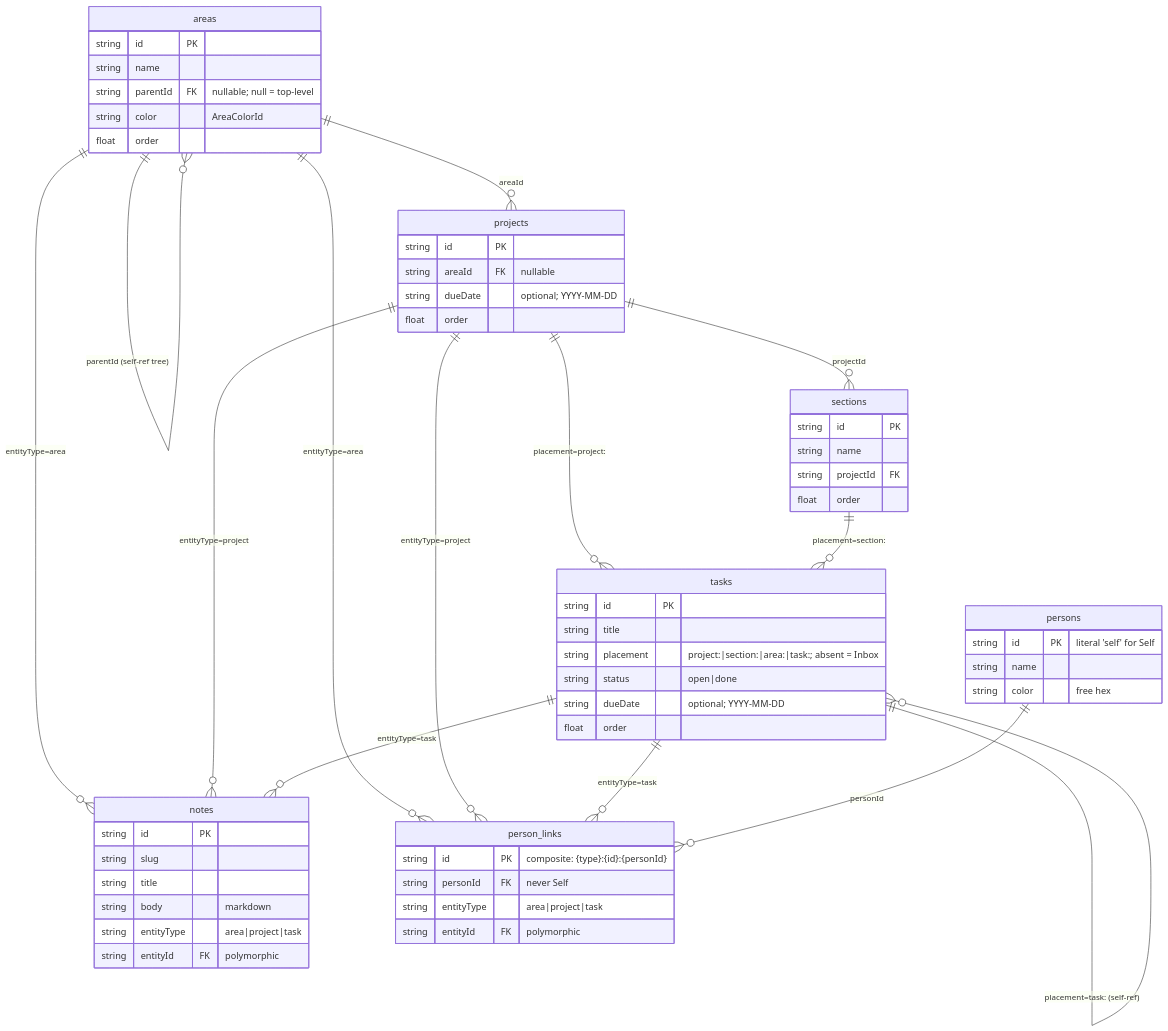
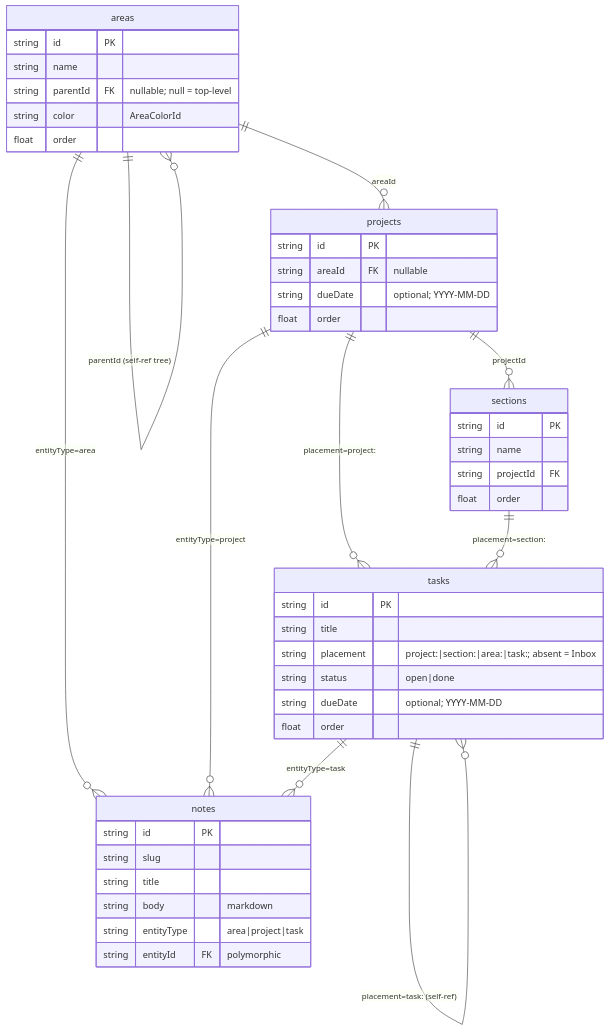
Before and after one commit to nibblebot/localaction: the second of 3 diagrams in docs/architecture.md, drawn with Mermaid. The commit also changed other lines of this file and 56 other files, not shown here.

````diff
--- a/docs/architecture.md
+++ b/docs/architecture.md
@@ -95,48 +82,37 @@
 ```mermaid
 erDiagram
   areas ||--o{ areas : "parentId (self-ref tree)"
   areas ||--o{ projects : "areaId"
   areas ||--o{ notes : "entityType=area"
   projects ||--o{ sections : "projectId"
   projects ||--o{ tasks : "placement=project:<id>"
   sections ||--o{ tasks : "placement=section:<id>"
   projects ||--o{ notes : "entityType=project"
   tasks ||--o{ tasks : "placement=task:<id> (self-ref)"
   tasks ||--o{ notes : "entityType=task"
   areas { string id PK }
   areas { string name }
   areas { string parentId FK "nullable; null = top-level" }
   areas { string color "AreaColorId" }
   areas { float order }
   projects { string id PK }
   projects { string areaId FK "nullable" }
   projects { string dueDate "optional; YYYY-MM-DD" }
   projects { float order }
   sections { string id PK }
   sections { string name }
   sections { string projectId FK }
   sections { float order }
   tasks { string id PK }
   tasks { string title }
   tasks { string placement "project:<id>|section:<id>|area:<id>|task:<id>; absent = Inbox" }
   tasks { string status "open|done" }
   tasks { string dueDate "optional; YYYY-MM-DD" }
   tasks { float order }
   notes { string id PK }
   notes { string slug }
   notes { string title }
   notes { string body "markdown" }
   notes { string entityType "area|project|task" }
   notes { string entityId FK "polymorphic" }
-  persons { string id PK "literal 'self' for Self" }
-  persons { string name }
-  persons { string color "free hex" }
-  person_links { string id PK "composite: {type}:{id}:{personId}" }
-  person_links { string personId FK "never Self" }
-  person_links { string entityType "area|project|task" }
-  person_links { string entityId FK "polymorphic" }
-  areas ||--o{ person_links : "entityType=area"
-  projects ||--o{ person_links : "entityType=project"
-  tasks ||--o{ person_links : "entityType=task"
-  persons ||--o{ person_links : "personId"
 ```
````
